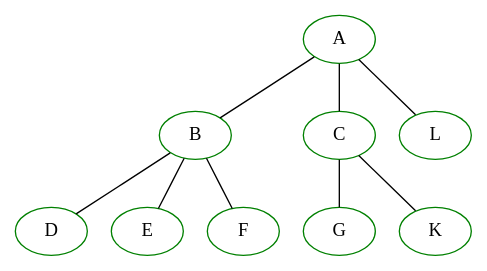
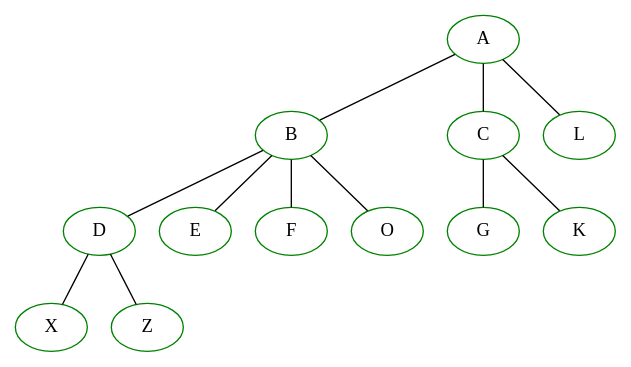
One commit to TsitouhRanjafy/algorithme changed the diagram in dfs/quaternary-tree.dot. Above: the diagram before and after it, drawn with Graphviz. The commit also changed 2 other files, not shown here.

```diff
--- a/dfs/quaternary-tree.dot
+++ b/dfs/quaternary-tree.dot
@@ -1,14 +1,18 @@
 graph G {
     A [shape=ellipse,color=green];
     B [shape=ellipse,color=green];
     C [shape=ellipse,color=green];
     D [shape=ellipse,color=green];
     E [shape=ellipse,color=green];
     F [shape=ellipse,color=green];
     G [shape=ellipse,color=green];
     K [shape=ellipse,color=green];
     L [shape=ellipse,color=green];
+    O [shape=ellipse,color=green];
+    X [shape=ellipse,color=green];
+    Z [shape=ellipse,color=green];
     A -- {B,C,L};
-    B -- {D,E,F};
+    B -- {O,D,E,F};
+    D -- {X,Z};
     C -- {G,K};
 }
```
